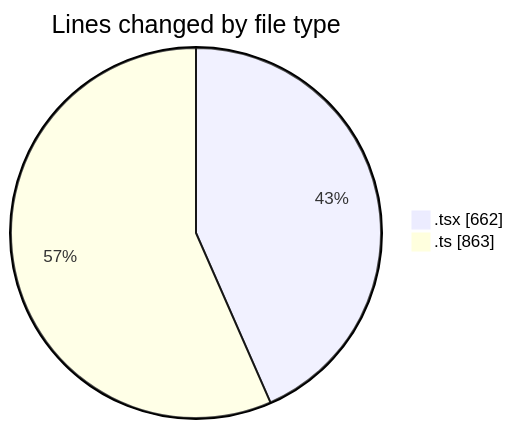
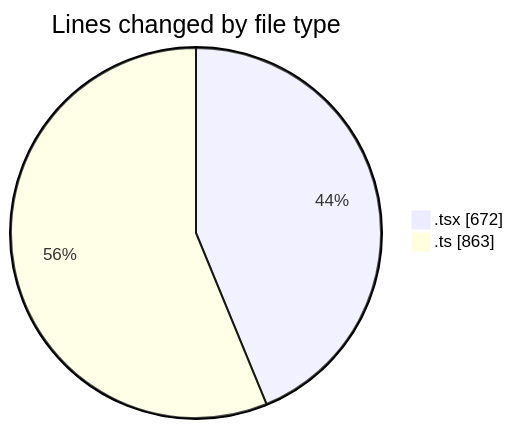
One commit to lephambinh05/code-tracking changed the first of 2 diagrams in 2025-09-05/hiai-phf/README.md. Above: the diagram before and after it, drawn with Mermaid. The commit also changed other lines of this file and 1 other file, not shown here.

````diff
--- a/2025-09-05/hiai-phf/README.md
+++ b/2025-09-05/hiai-phf/README.md
@@ -34,6 +34,6 @@
 ```mermaid
 pie showData
 title Lines changed by file type
-".tsx" : 662
+".tsx" : 672
 ".ts" : 863
 ```
````
